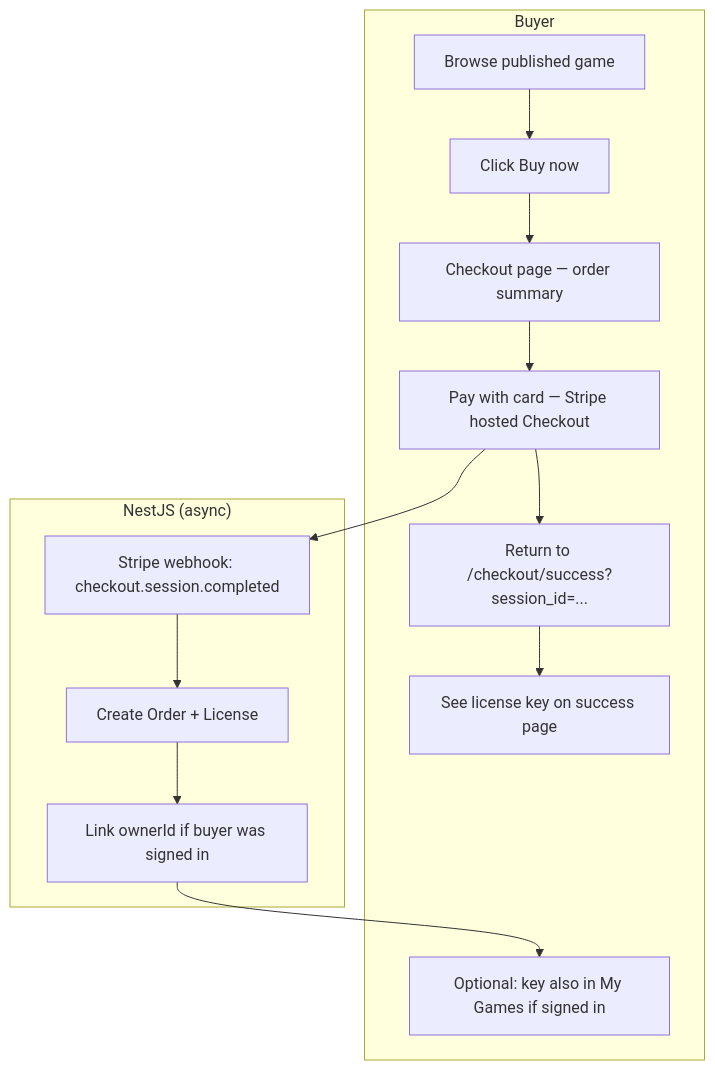
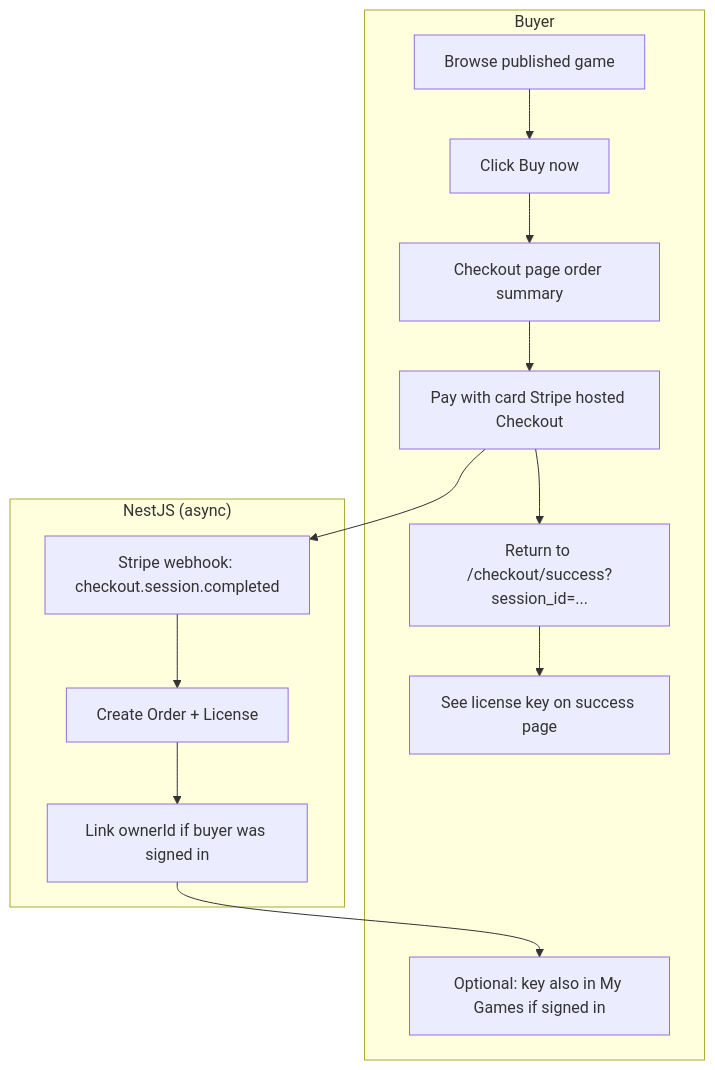
One commit to AHMED9937/GameStore changed the first of 3 diagrams in AppImplemntionPlan/STRIPE_PHASE_PLAN.md. Above: the diagram before and after it, drawn with Mermaid. The commit also changed other lines of this file and 509 other files, not shown here.

````diff
--- a/AppImplemntionPlan/STRIPE_PHASE_PLAN.md
+++ b/AppImplemntionPlan/STRIPE_PHASE_PLAN.md
@@ -20,24 +20,24 @@
 ```mermaid
 flowchart TB
   subgraph buyer ["Buyer"]
     B0[Browse published game]
     B1[Click Buy now]
-    B2[Checkout page — order summary]
-    B3[Pay with card — Stripe hosted Checkout]
+    B2[Checkout page order summary]
+    B3[Pay with card Stripe hosted Checkout]
     B4[Return to /checkout/success?session_id=...]
     B5[See license key on success page]
     B6[Optional: key also in My Games if signed in]
   end
 
   subgraph backend ["NestJS (async)"]
     W1[Stripe webhook: checkout.session.completed]
     W2[Create Order + License]
     W3[Link ownerId if buyer was signed in]
   end
 
   B0 --> B1 --> B2 --> B3
   B3 --> W1
   W1 --> W2 --> W3
   B3 --> B4 --> B5
   W3 --> B6
 ```
````
